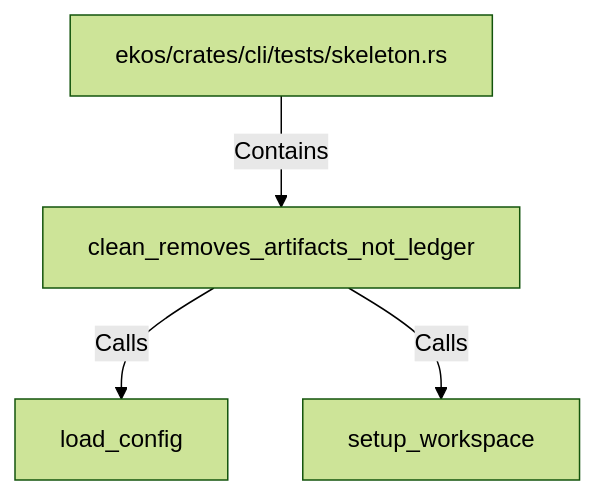
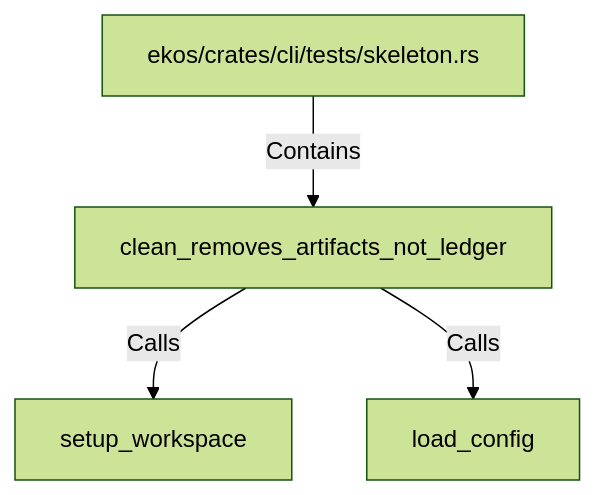
One commit to alexeyban/EKOS changed the diagram in doc/entities/rustsymbol/cl/clean-removes-artifacts-not-ledger.md. Above: the diagram before and after it, drawn with Mermaid (forest theme). The commit also changed other lines of this file and 552 other files, not shown here.

````diff
--- a/doc/entities/rustsymbol/cl/clean-removes-artifacts-not-ledger.md
+++ b/doc/entities/rustsymbol/cl/clean-removes-artifacts-not-ledger.md
@@ -22,10 +22,10 @@
 ```mermaid
 graph TD
     nc8408593f6d85b7083013485d093719e["clean_removes_artifacts_not_ledger"]
     nc39b7026a2235e82b5c87ed254f6ba84["ekos/crates/cli/tests/skeleton.rs"]
     nc39b7026a2235e82b5c87ed254f6ba84 -->|Contains| nc8408593f6d85b7083013485d093719e
+    nf8f102adbfb458548fb62200db5a7daf["setup_workspace"]
+    nc8408593f6d85b7083013485d093719e -->|Calls| nf8f102adbfb458548fb62200db5a7daf
     nd1e71ee34e17505081bd5dd6a8cafafe["load_config"]
     nc8408593f6d85b7083013485d093719e -->|Calls| nd1e71ee34e17505081bd5dd6a8cafafe
-    nf8f102adbfb458548fb62200db5a7daf["setup_workspace"]
-    nc8408593f6d85b7083013485d093719e -->|Calls| nf8f102adbfb458548fb62200db5a7daf
 ```
````
